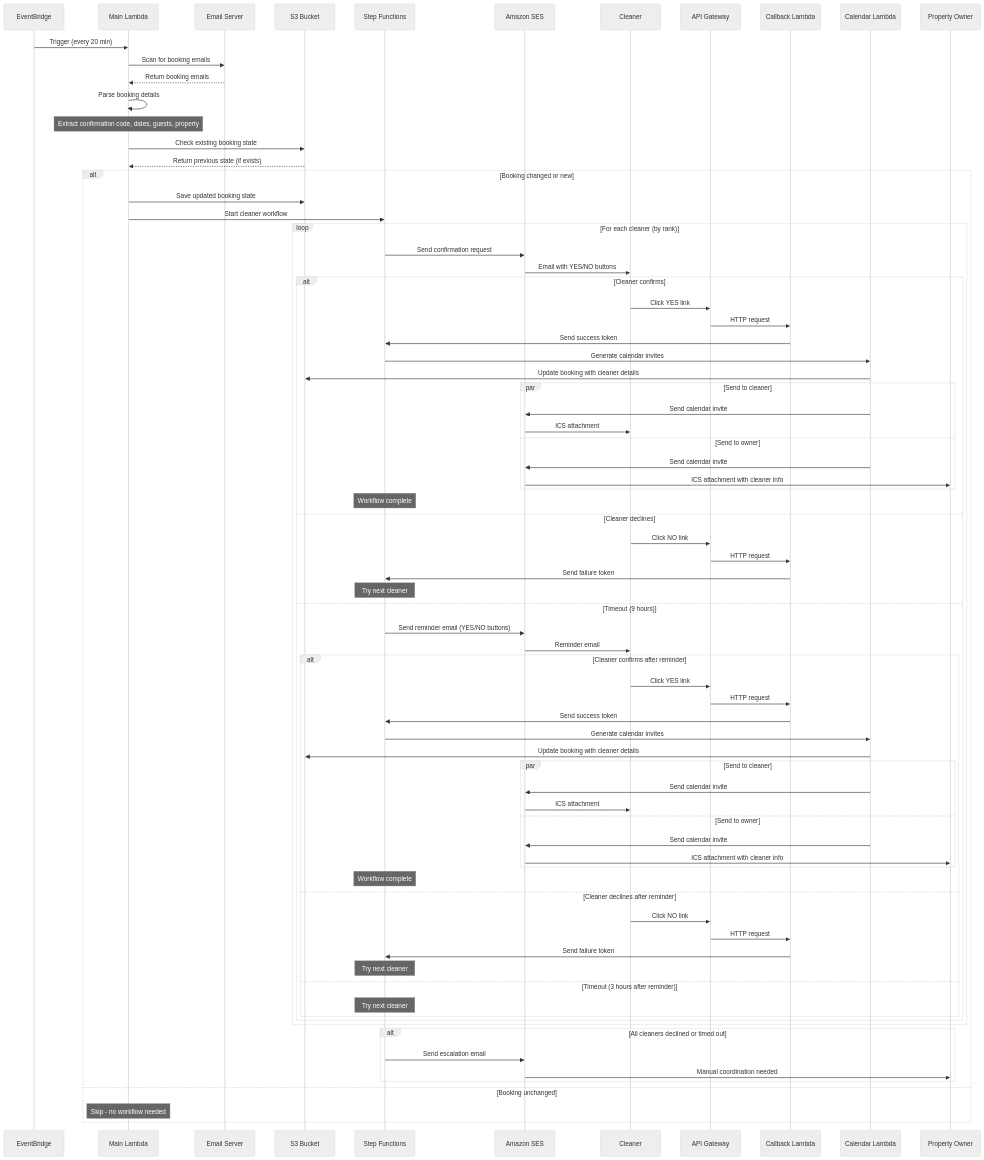
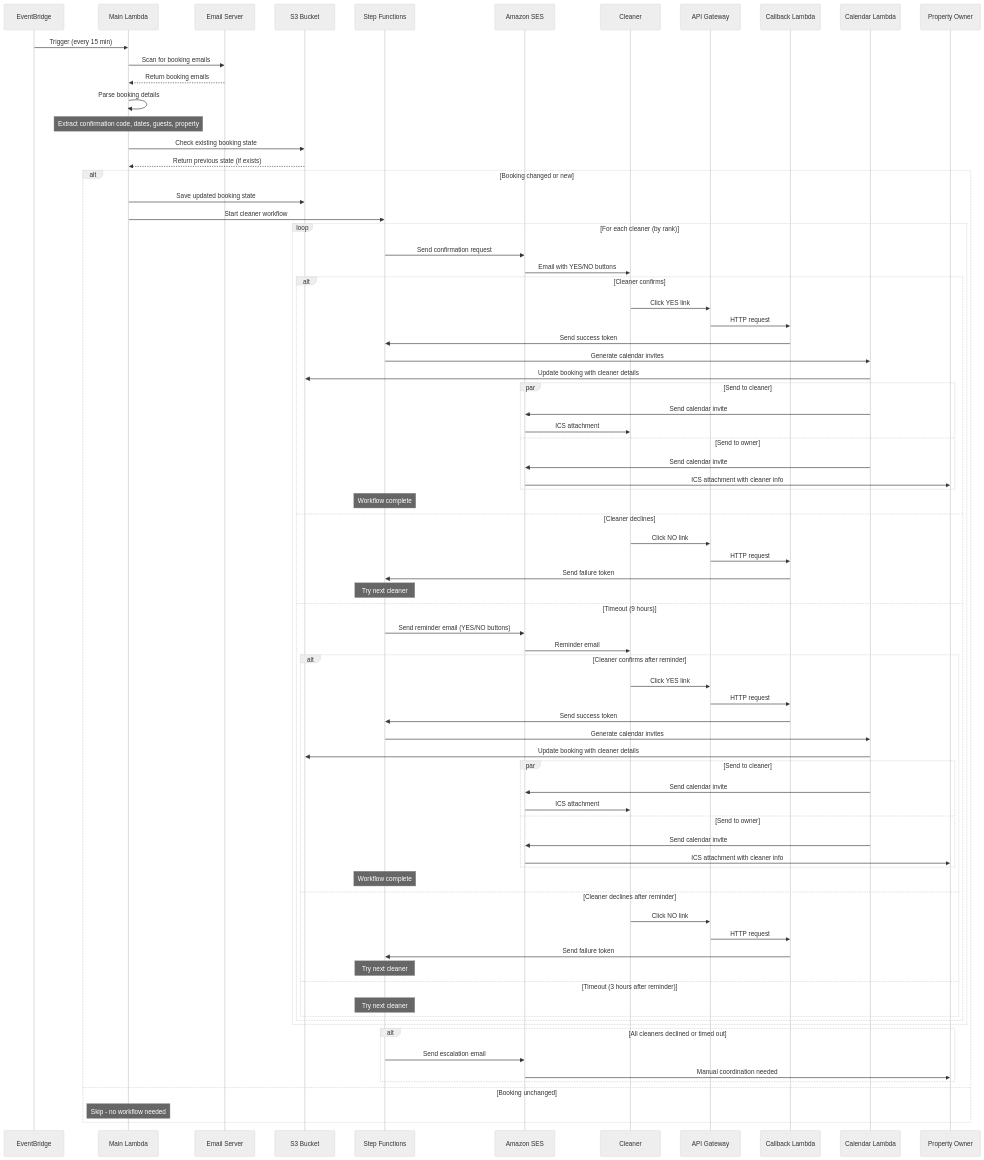
The first of 3 diagrams in README.md (engineerthefuture/RentalTurnManager), drawn with Mermaid (neutral theme) before and after one commit. The commit also changed other lines of this file and 8 other files, not shown here.

```diff
--- a/README.md
+++ b/README.md
@@ -36,7 +38,7 @@
   participant CL as Calendar Lambda
   participant Owner as Property Owner
 
-  EB->>ML: Trigger (every 20 min)
+  EB->>ML: Trigger (every 15 min)
   ML->>IMAP: Scan for booking emails
   IMAP-->>ML: Return booking emails
 
```
